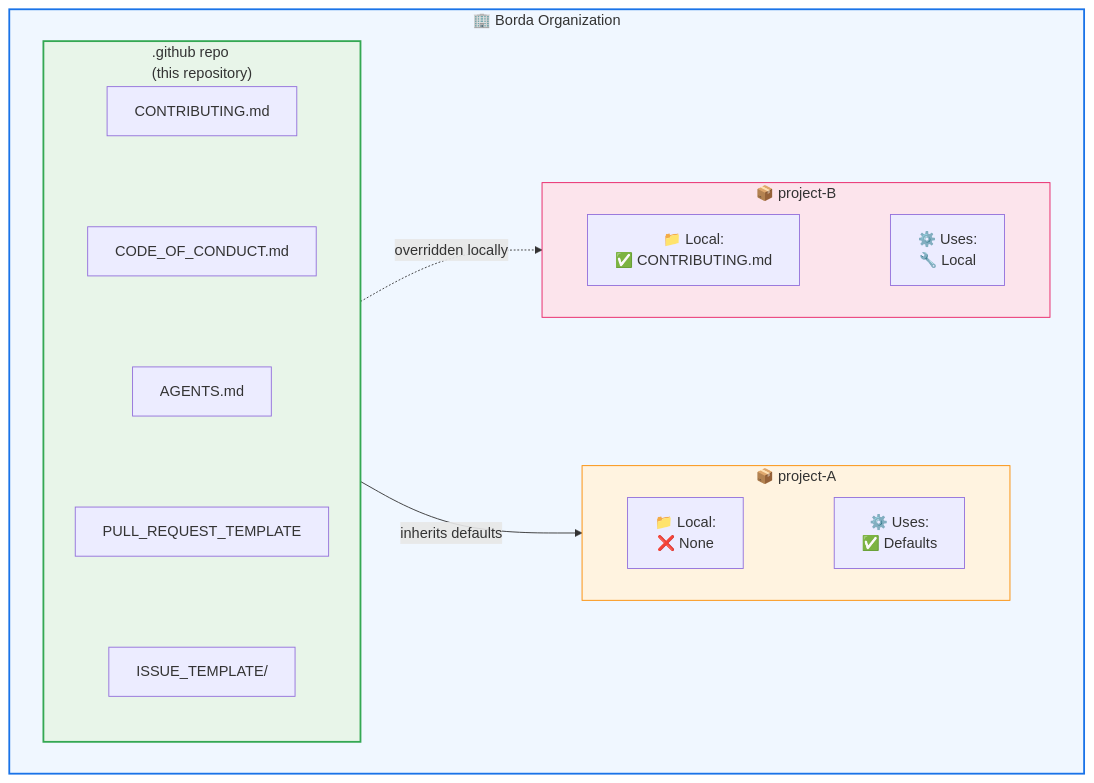
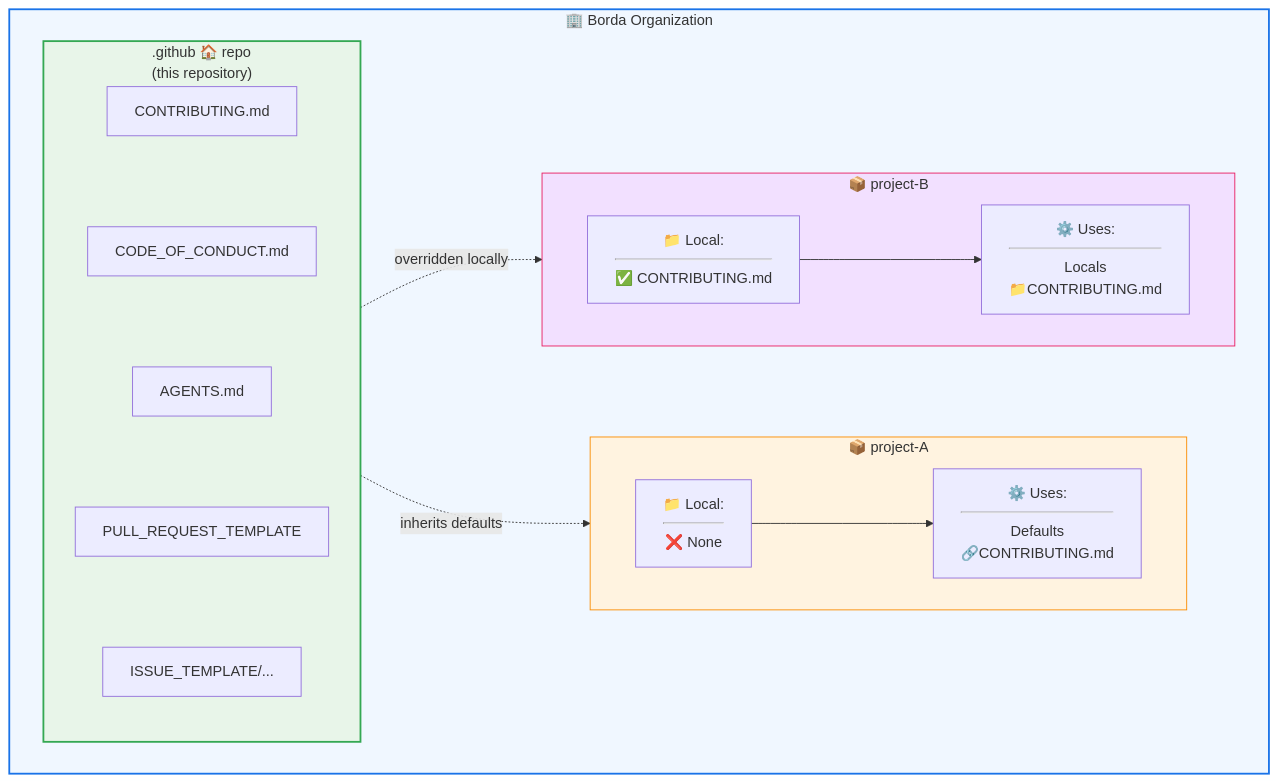
Before and after one commit to Borda/.github: the diagram in README.md, drawn with Mermaid.

Commit message:
Enhance Mermaid flowchart in README.md with updated labels and connections.

````diff
--- a/README.md
+++ b/README.md
@@ -39,39 +39,39 @@
 ```mermaid
 flowchart TD
     subgraph BordaOrganization["🏢 Borda Organization"]
-        subgraph GithubRepo[".github repo<br/>(this repository)"]
+        subgraph GithubRepo[".github 🏠 repo<br/>(this repository)"]
             CONTRIBUTING["CONTRIBUTING.md"]
             CONTRIBUTING ~~~ CODE_OF_CONDUCT["CODE_OF_CONDUCT.md"]
             CODE_OF_CONDUCT ~~~ AGENTS["AGENTS.md"]
             AGENTS ~~~ PR_TEMPLATE["PULL_REQUEST_TEMPLATE"]
-            PR_TEMPLATE ~~~ ISSUE_TEMPLATE["ISSUE_TEMPLATE/"]
+            PR_TEMPLATE ~~~ ISSUE_TEMPLATE["ISSUE_TEMPLATE/..."]
         end
 
         subgraph ProjectA["📦 project-A"]
             direction LR
-            A_Local["📁 Local:<br/>❌ None"]
-            A_Used["⚙️ Uses:<br/>✅ Defaults"]
-            A_Local ~~~ A_Used
+            A_Local["📁 Local:<hr/>❌ None"]
+            A_Used["⚙️ Uses:<hr/>Defaults <br/> 🔗CONTRIBUTING.md"]
+            A_Local ---> A_Used
         end
 
         subgraph ProjectB["📦 project-B"]
             direction LR
-            B_Local["📁 Local:<br/>✅ CONTRIBUTING.md"]
-            B_Used["⚙️ Uses:<br/>🔧 Local"]
-            B_Local ~~~ B_Used
+            B_Local["📁 Local:<hr/>✅ CONTRIBUTING.md"]
+            B_Used["⚙️ Uses:<hr/>Locals <br/> 📁CONTRIBUTING.md"]
+            B_Local ---> B_Used
         end
 
-        GithubRepo -->|"inherits defaults"| ProjectA
+        GithubRepo -.->|"inherits defaults"| ProjectA
         GithubRepo -.->|"overridden locally"| ProjectB
     end
 
     classDef orgStyle fill:#f0f7ff,stroke:#1a73e8,stroke-width:2px
     classDef repoStyle fill:#e8f5e9,stroke:#34a853,stroke-width:2px
     classDef projectAStyle fill:#fff3e0,stroke:#fb8c00,stroke-width:1px
-    classDef projectBStyle fill:#fce4ec,stroke:#e91e63,stroke-width:1px
+    classDef projectBStyle fill:#f2e0ff,stroke:#e91e63,stroke-width:1px
 
     class BordaOrganization orgStyle
     class GithubRepo repoStyle
     class ProjectA projectAStyle
     class ProjectB projectBStyle
 ```
````
